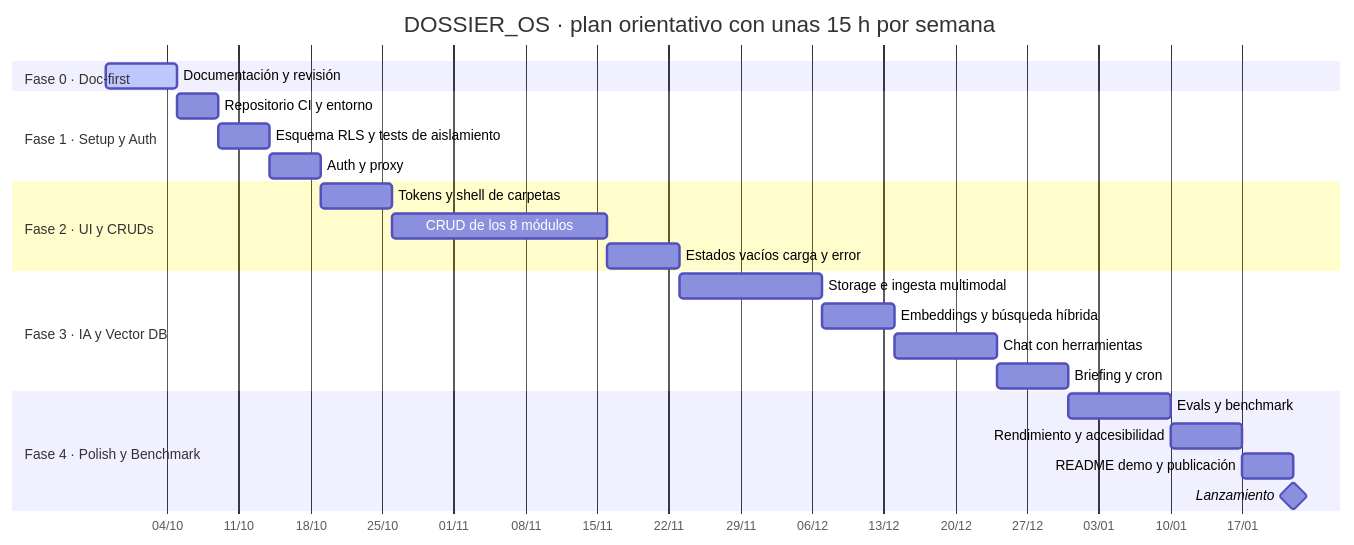
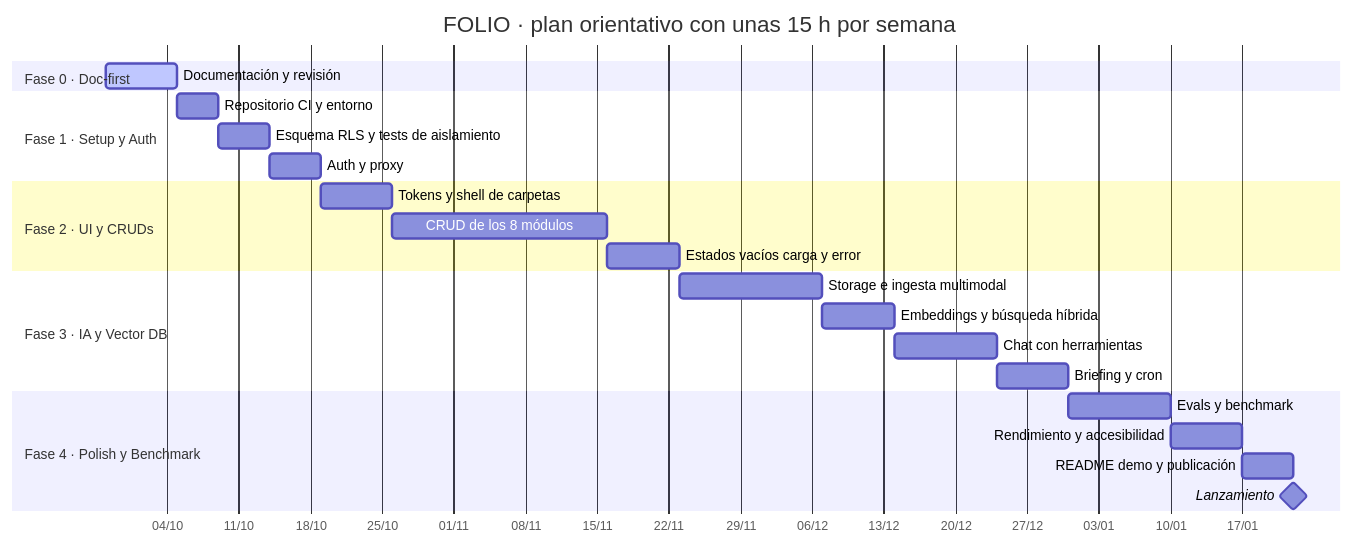
One commit to Adriiiii24/FOLIO changed the sixth of 6 diagrams in docs/PROPOSAL.md. Above: the diagram before and after it, drawn with Mermaid. The commit also changed other lines of this file and 6 other files, not shown here.

````diff
--- a/docs/PROPOSAL.md
+++ b/docs/PROPOSAL.md
@@ -527,26 +539,26 @@
 ```mermaid
 gantt
-    title DOSSIER_OS · plan orientativo con unas 15 h por semana
+    title FOLIO · plan orientativo con unas 15 h por semana
     dateFormat YYYY-MM-DD
     axisFormat %d/%m
     section Fase 0 · Doc-first
     Documentación y revisión           :active, f0, 2026-09-28, 7d
     section Fase 1 · Setup y Auth
     Repositorio CI y entorno           :f1a, after f0, 4d
     Esquema RLS y tests de aislamiento :f1b, after f1a, 5d
     Auth y proxy                       :f1c, after f1b, 5d
     section Fase 2 · UI y CRUDs
     Tokens y shell de carpetas         :f2a, after f1c, 7d
     CRUD de los 8 módulos              :f2b, after f2a, 21d
     Estados vacíos carga y error       :f2c, after f2b, 7d
     section Fase 3 · IA y Vector DB
     Storage e ingesta multimodal       :f3a, after f2c, 14d
     Embeddings y búsqueda híbrida      :f3b, after f3a, 7d
     Chat con herramientas              :f3c, after f3b, 10d
     Briefing y cron                    :f3d, after f3c, 7d
     section Fase 4 · Polish y Benchmark
     Evals y benchmark                  :f4a, after f3d, 10d
     Rendimiento y accesibilidad        :f4b, after f4a, 7d
     README demo y publicación          :f4c, after f4b, 5d
     Lanzamiento                        :milestone, m1, after f4c, 0d
 ```
````
